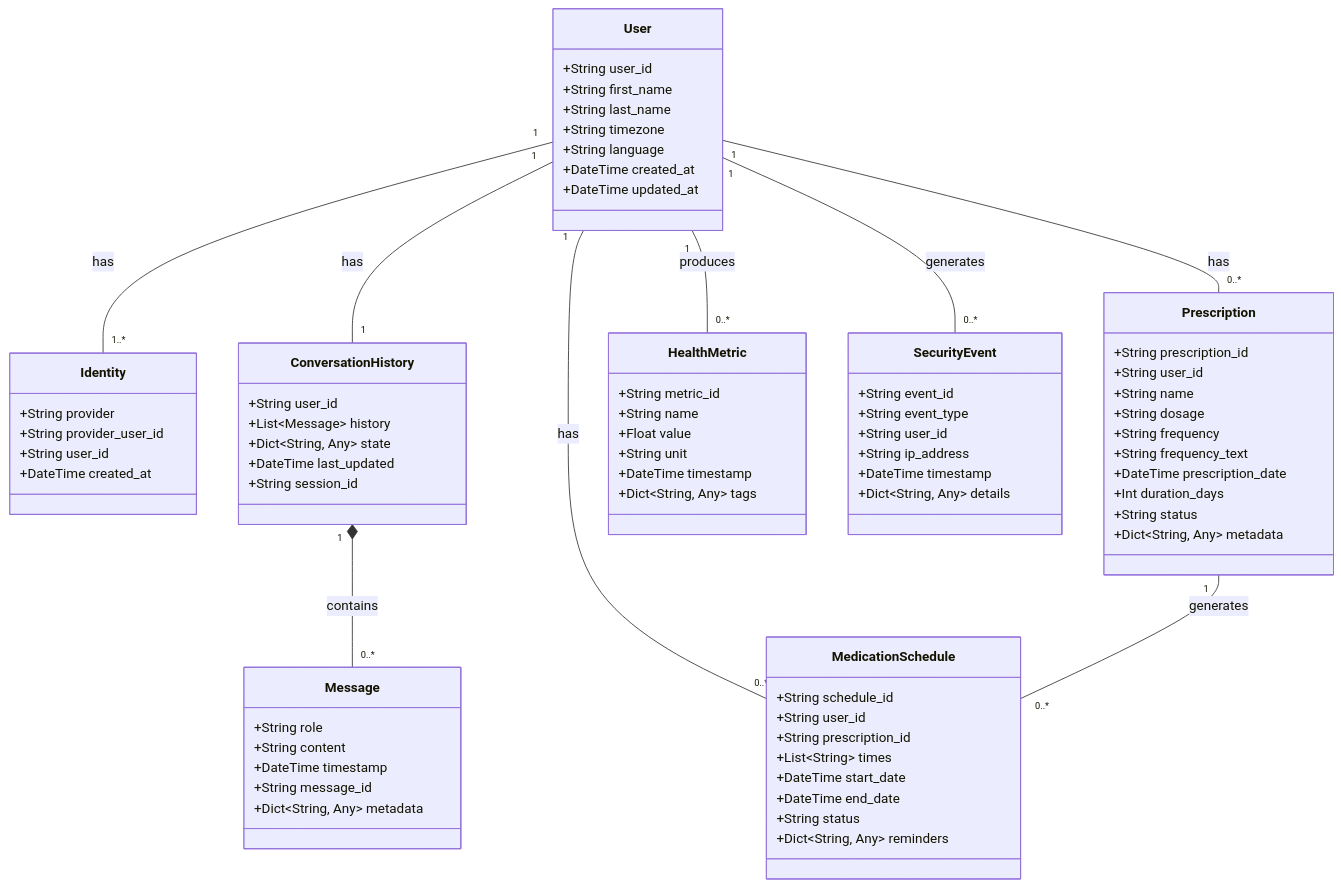
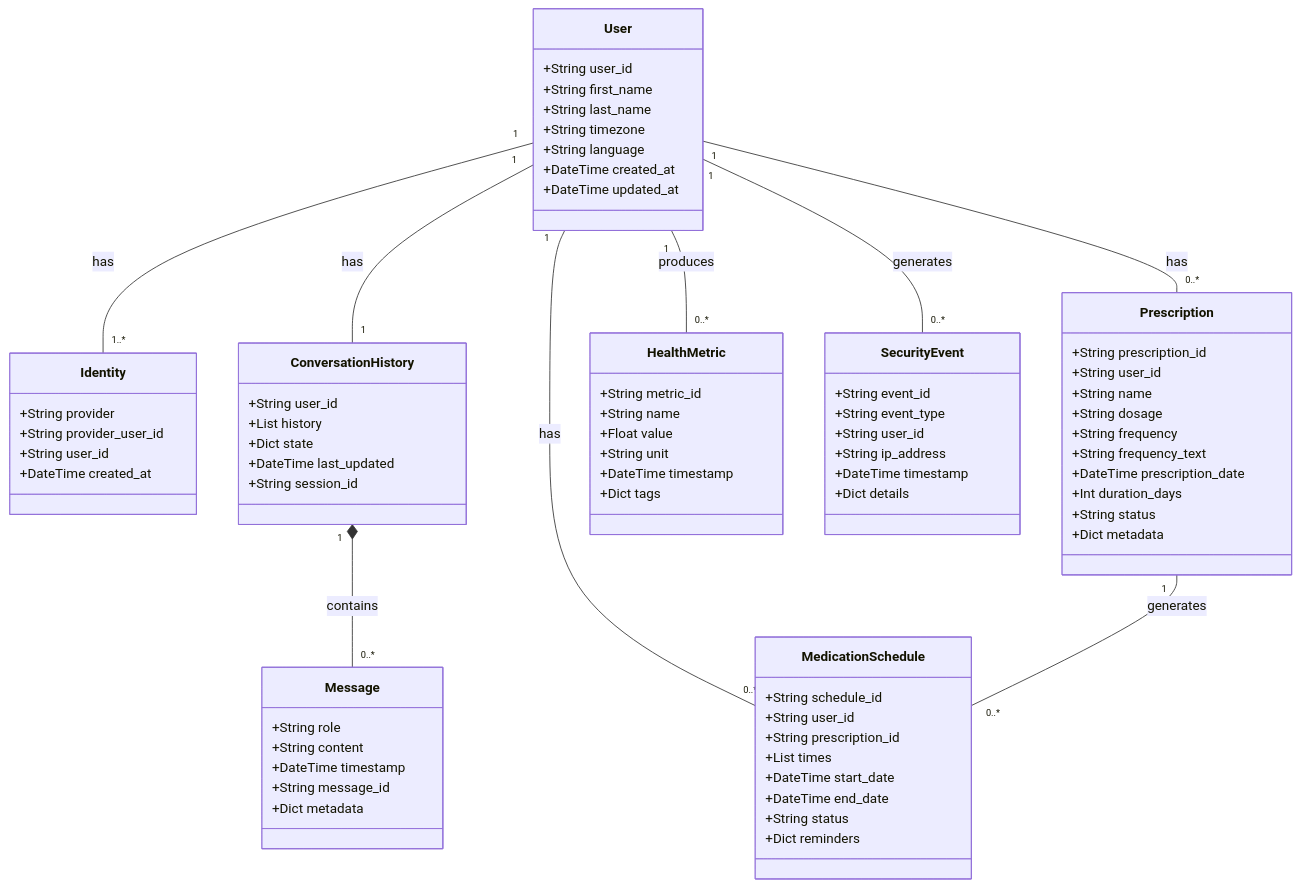
The first of 2 diagrams in docs/data-models.md (OurMultiverseOfMadness/Ctrl-Alt-Heal), drawn with Mermaid before and after one commit. The commit also changed other lines of this file and 3 other files, not shown here.

First line of the commit message:
fix: Resolve Mermaid diagram rendering issues across documentation

```diff
--- a/docs/data-models.md
+++ b/docs/data-models.md
@@ -27,8 +27,8 @@
 
     class ConversationHistory {
         +String user_id
-        +List~Message~ history
-        +Dict~String, Any~ state
+        +List history
+        +Dict state
         +DateTime last_updated
         +String session_id
     }
@@ -38,7 +38,7 @@
         +String content
         +DateTime timestamp
         +String message_id
-        +Dict~String, Any~ metadata
+        +Dict metadata
     }
 
     class Prescription {
@@ -51,18 +51,18 @@
         +DateTime prescription_date
         +Int duration_days
         +String status
-        +Dict~String, Any~ metadata
+        +Dict metadata
     }
 
     class MedicationSchedule {
         +String schedule_id
         +String user_id
         +String prescription_id
-        +List~String~ times
+        +List times
         +DateTime start_date
         +DateTime end_date
         +String status
-        +Dict~String, Any~ reminders
+        +Dict reminders
     }
 
     class HealthMetric {
@@ -71,7 +71,7 @@
         +Float value
         +String unit
         +DateTime timestamp
-        +Dict~String, Any~ tags
+        +Dict tags
     }
 
     class SecurityEvent {
@@ -80,7 +80,7 @@
         +String user_id
         +String ip_address
         +DateTime timestamp
-        +Dict~String, Any~ details
+        +Dict details
     }
 
     User "1" -- "1..*" Identity : has
```
